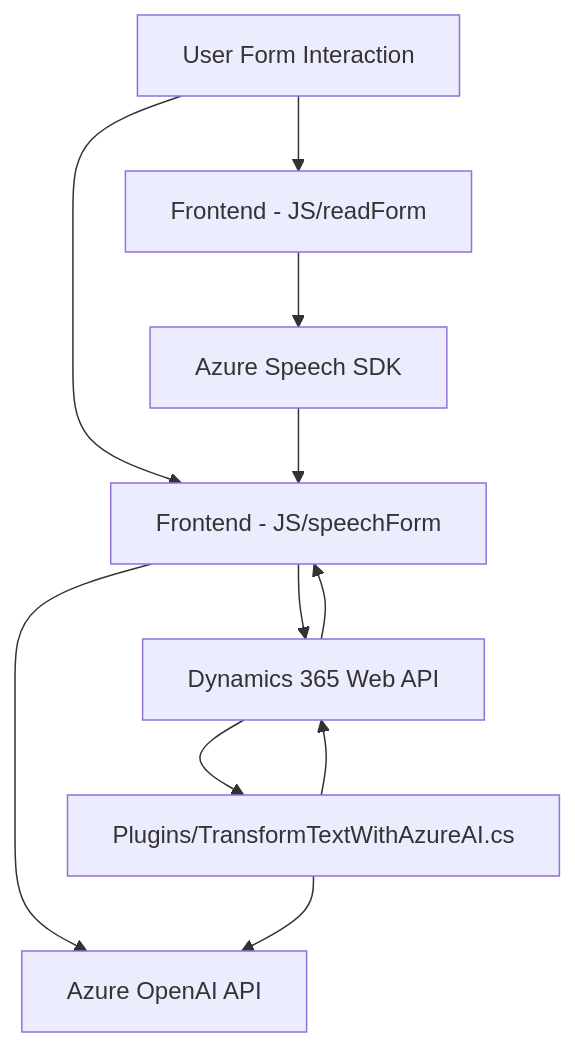
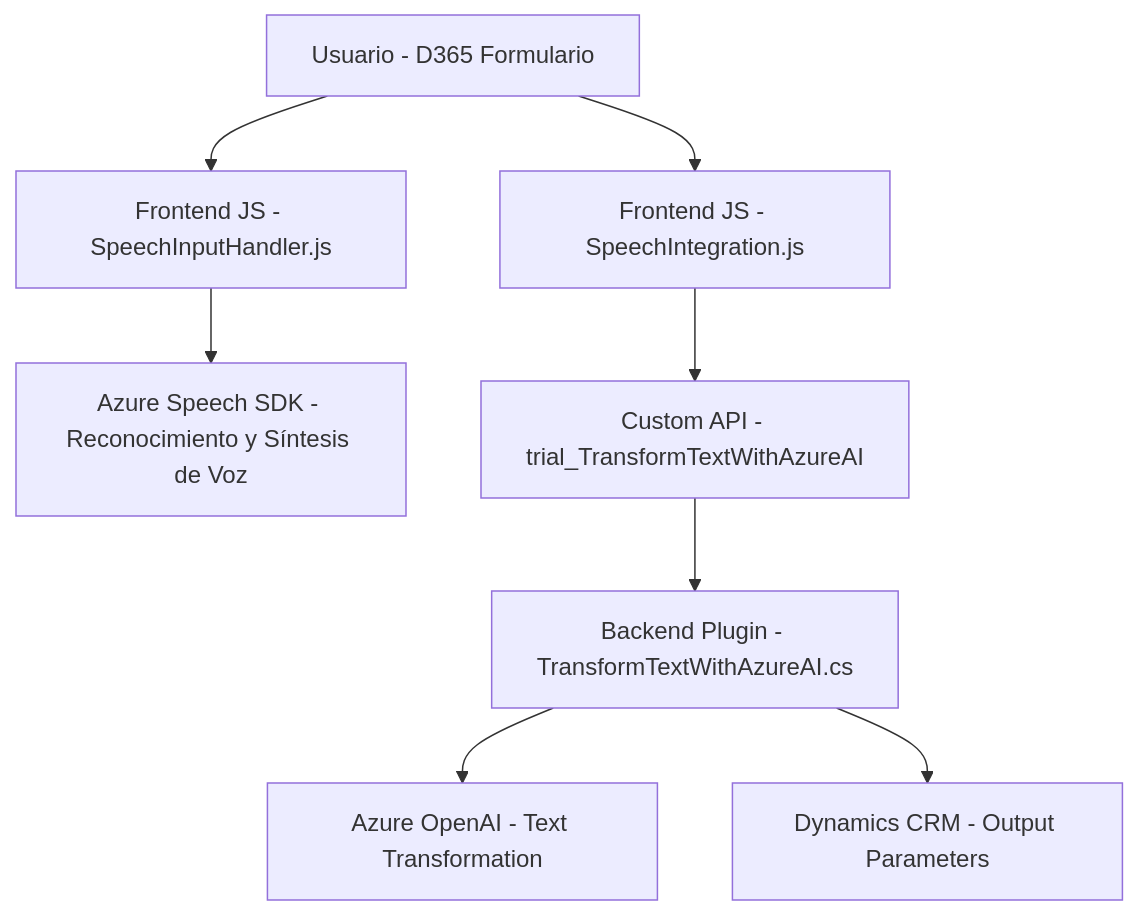
One commit to blopezdm/NETCORE_BILBAO2025 changed the diagram in README.md. Above: the diagram before and after it, drawn with Mermaid. The commit also changed other lines of this file, not shown here.

````diff
--- a/README.md
+++ b/README.md
@@ -38,18 +40,10 @@
 ```mermaid
 graph TD
-    A["Frontend - JS/readForm"]
-    B["Frontend - JS/speechForm"]
-    C["Plugins/TransformTextWithAzureAI.cs"]
-    D["Azure Speech SDK"]
-    E["Azure OpenAI API"]
-    F["Dynamics 365 Web API"]
-    G["User Form Interaction"]
-    
-    G --> A --> D
-    G --> B --> F
-    D --> B
-    B --> E
-    F --> B
-    F --> C --> E
-    C --> F
+    A["Usuario - D365 Formulario"] --> B["Frontend JS - SpeechInputHandler.js"]
+    A --> C["Frontend JS - SpeechIntegration.js"]
+    B --> D["Azure Speech SDK - Reconocimiento y Síntesis de Voz"]
+    C --> E["Custom API - trial_TransformTextWithAzureAI"]
+    E --> F["Backend Plugin - TransformTextWithAzureAI.cs"]
+    F --> G["Azure OpenAI - Text Transformation"]
+    F --> H["Dynamics CRM - Output Parameters"]
 ```
````
